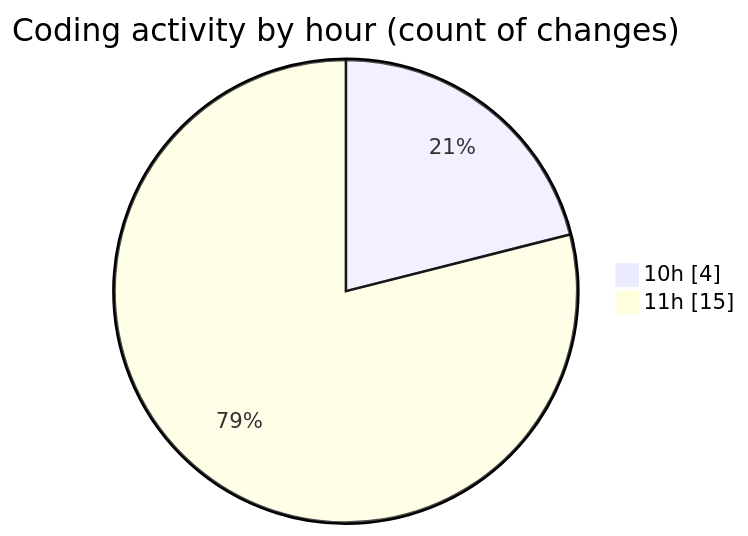
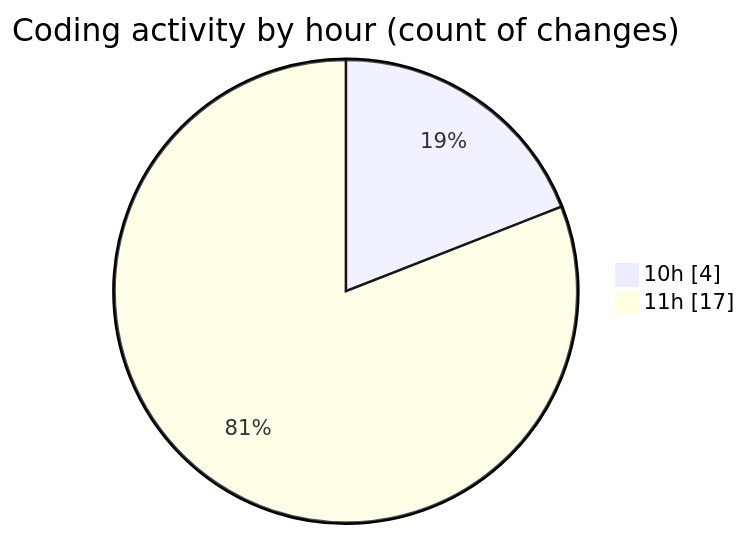
One commit to nxtqubesakshisongat/code-tracking changed the second of 2 diagrams in 2025-09-15/nxtqube_webapp/README.md. Above: the diagram before and after it, drawn with Mermaid. The commit also changed other lines of this file and 1 other file, not shown here.

````diff
--- a/2025-09-15/nxtqube_webapp/README.md
+++ b/2025-09-15/nxtqube_webapp/README.md
@@ -31,6 +31,6 @@
 ```mermaid
 pie showData
 title Coding activity by hour (count of changes)
 "10h" : 4
-"11h" : 15
+"11h" : 17
 ```
````
